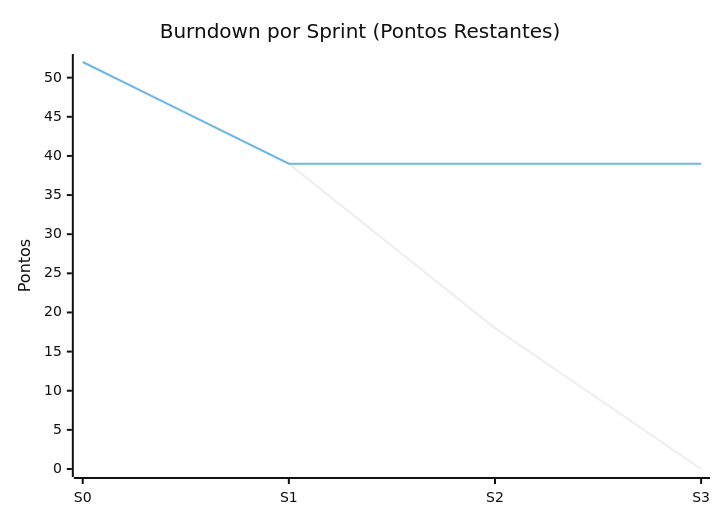
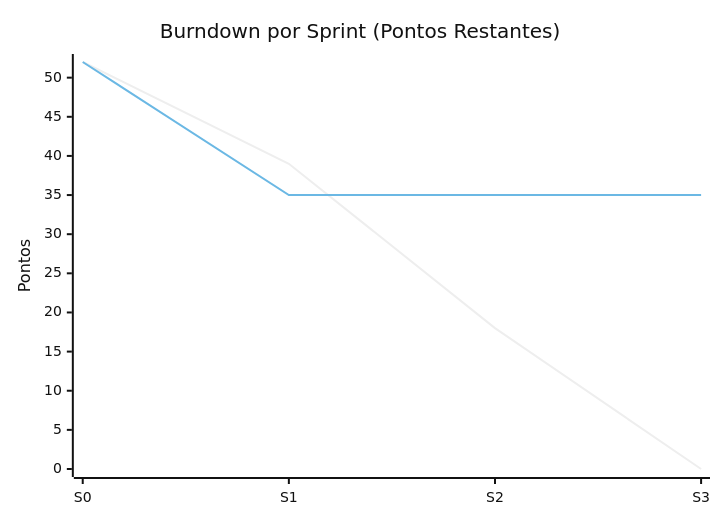
The diagram in README.md (candago-6/documentacao), drawn with Mermaid (neutral theme) before and after one commit. The commit also changed other lines of this file, not shown here.

````diff
--- a/README.md
+++ b/README.md
@@ -572,8 +572,8 @@
 ```mermaid
 xychart-beta
 	title "Burndown por Sprint (Pontos Restantes)"
 	x-axis [S0, S1, S2, S3]
 	y-axis "Pontos" 0 --> 52
 	line "planejado" [52, 39, 18, 0]
-	line "real" [52, 39, 39, 39]
+	line "real" [52, 35, 35, 35]
 ```
````
